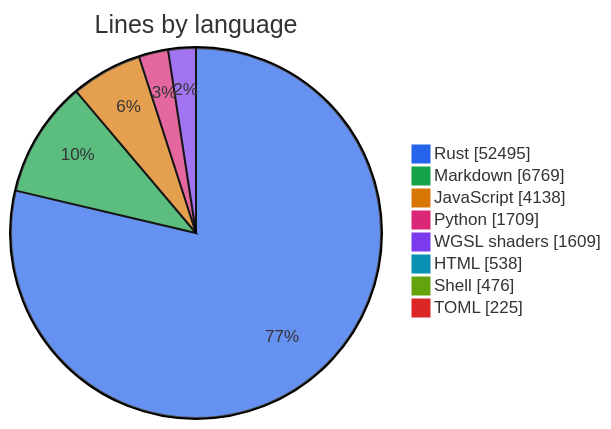
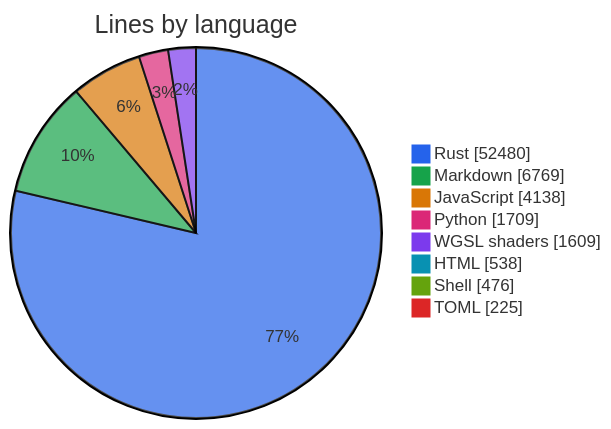
One commit to thomascherickal/ferrum-gpu changed the first of 2 diagrams in metrics.md. Above: the diagram before and after it, drawn with Mermaid. The commit also changed other lines of this file and 20 other files, not shown here.

````diff
--- a/metrics.md
+++ b/metrics.md
@@ -22,12 +22,12 @@
 ```mermaid
 %%{init: {"theme": "base", "themeVariables": {"pie1": "#2563eb", "pie2": "#16a34a", "pie3": "#d97706", "pie4": "#db2777", "pie5": "#7c3aed", "pie6": "#0891b2", "pie7": "#65a30d", "pie8": "#dc2626"}}}%%
 pie showData title Lines by language
-    "Rust" : 52495
+    "Rust" : 52480
     "Markdown" : 6769
     "JavaScript" : 4138
     "Python" : 1709
     "WGSL shaders" : 1609
     "HTML" : 538
     "Shell" : 476
     "TOML" : 225
 ```
````
